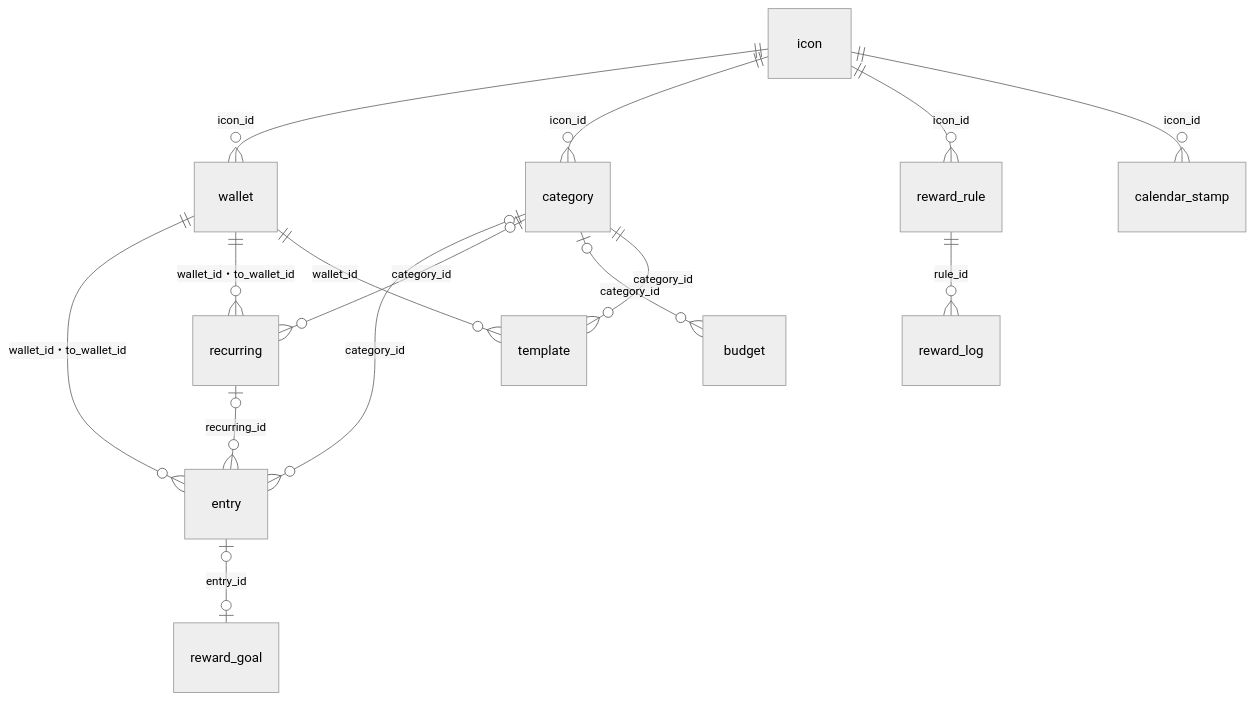
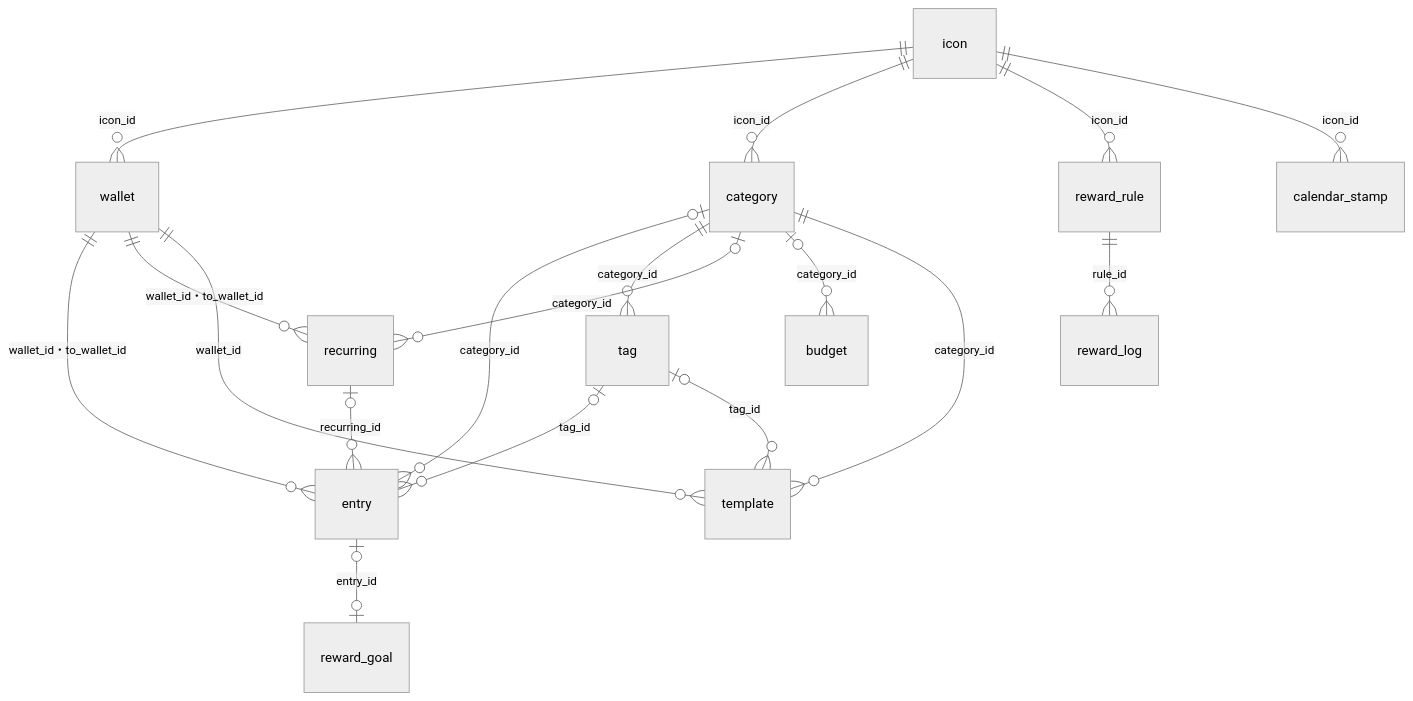
Before and after one commit to yossibank/kakeibot: the diagram in docs/data.md, drawn with Mermaid (neutral theme). The commit also changed other lines of this file and 57 other files, not shown here.

First line of the commit message:
feat: tag entries within a category with hanging tags (#31)

````diff
--- a/docs/data.md
+++ b/docs/data.md
@@ -9,17 +9,20 @@
 ```mermaid
 erDiagram
     icon ||--o{ wallet : "icon_id"
     icon ||--o{ category : "icon_id"
     icon ||--o{ reward_rule : "icon_id"
     icon ||--o{ calendar_stamp : "icon_id"
     wallet ||--o{ entry : "wallet_id・to_wallet_id"
     category |o--o{ entry : "category_id"
+    category ||--o{ tag : "category_id"
+    tag |o--o{ entry : "tag_id"
+    tag |o--o{ template : "tag_id"
     recurring |o--o{ entry : "recurring_id"
     wallet ||--o{ recurring : "wallet_id・to_wallet_id"
     category |o--o{ recurring : "category_id"
     category |o--o{ budget : "category_id"
     category ||--o{ template : "category_id"
     wallet ||--o{ template : "wallet_id"
     reward_rule ||--o{ reward_log : "rule_id"
     entry |o--o| reward_goal : "entry_id"
 ```
````
